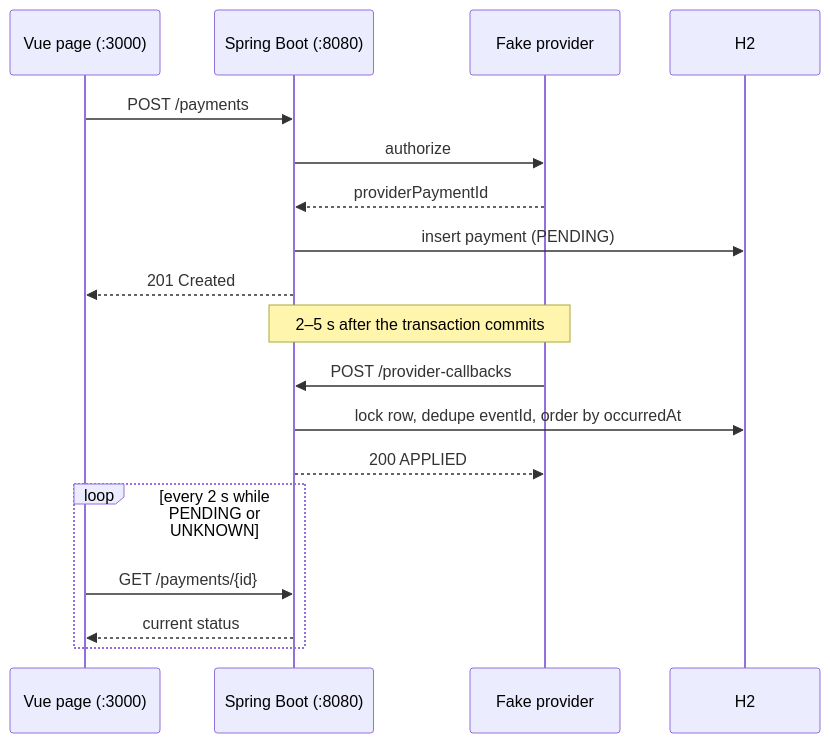
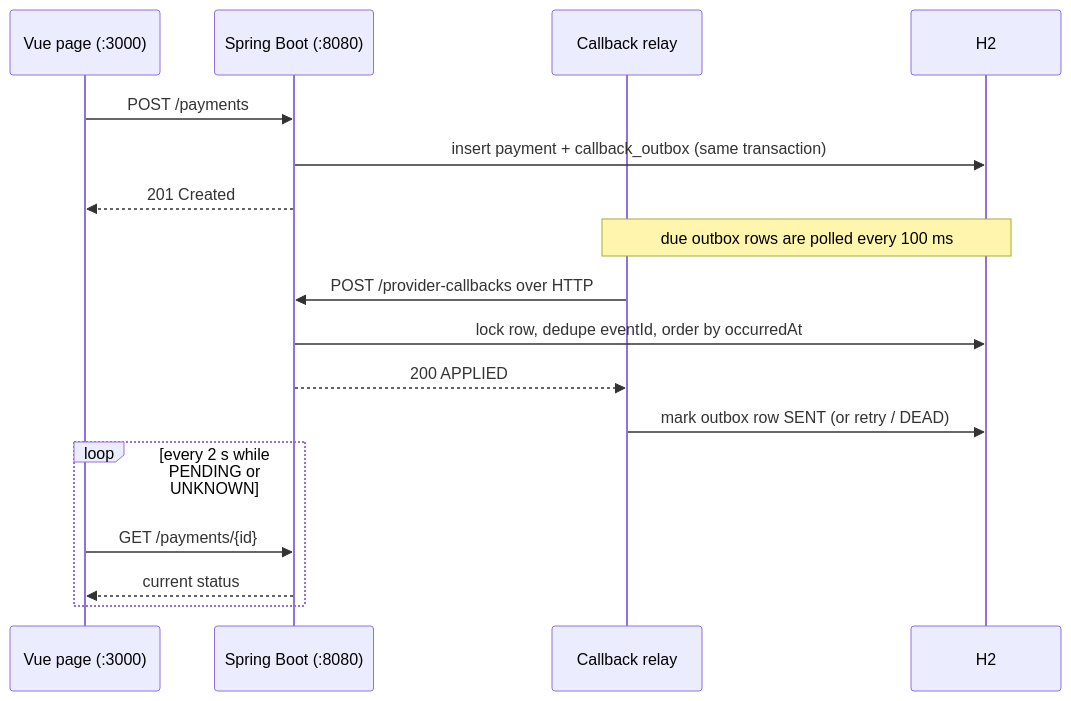
One commit to TarouShota/payment-inbox-feg changed the diagram in README.md. Above: the diagram before and after it, drawn with Mermaid. The commit also changed other lines of this file and 1 other file, not shown here.

Commit message:
docs: explain callback delivery, retries and the remaining gaps

````diff
--- a/README.md
+++ b/README.md
@@ -23,21 +23,20 @@
 ```mermaid
 sequenceDiagram
     participant UI as Vue page (:3000)
     participant API as Spring Boot (:8080)
-    participant P as Fake provider
+    participant R as Callback relay
     participant DB as H2
 
     UI->>API: POST /payments
-    API->>P: authorize
-    P-->>API: providerPaymentId
-    API->>DB: insert payment (PENDING)
+    API->>DB: insert payment + callback_outbox (same transaction)
     API-->>UI: 201 Created
-    Note over P,API: 2–5 s after the transaction commits
-    P->>API: POST /provider-callbacks
+    Note over R,DB: due outbox rows are polled every 100 ms
+    R->>API: POST /provider-callbacks over HTTP
     API->>DB: lock row, dedupe eventId, order by occurredAt
-    API-->>P: 200 APPLIED
+    API-->>R: 200 APPLIED
+    R->>DB: mark outbox row SENT (or retry / DEAD)
     loop every 2 s while PENDING or UNKNOWN
         UI->>API: GET /payments/{id}
         API-->>UI: current status
     end
 ```
````
